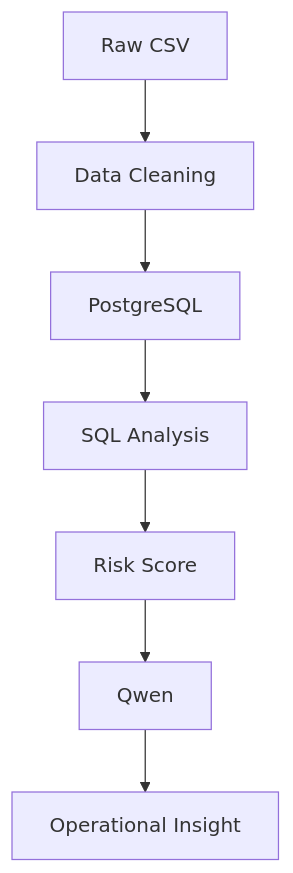
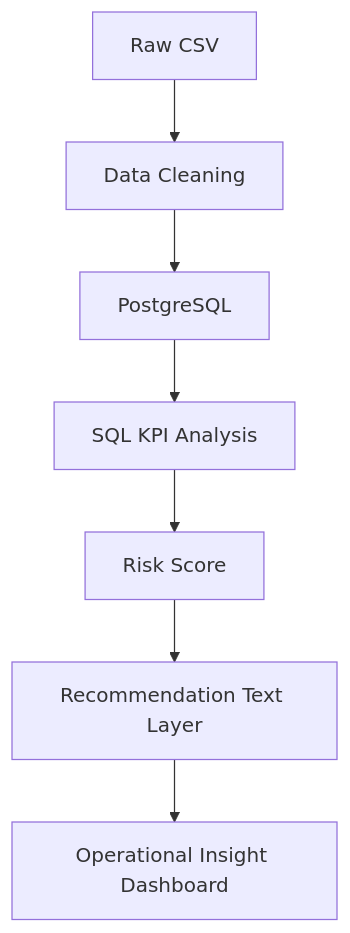
Before and after one commit to sammkong/operational-insight-dashboard: the diagram in README.md, drawn with Mermaid. The commit also changed other lines of this file and 6 other files, not shown here.

````diff
--- a/README.md
+++ b/README.md
@@ -89,9 +79,9 @@
 ```mermaid
 flowchart TD
     A[Raw CSV] --> B[Data Cleaning]
     B --> C[PostgreSQL]
-    C --> D[SQL Analysis]
+    C --> D[SQL KPI Analysis]
     D --> E[Risk Score]
-    E --> F[Qwen]
-    F --> G[Operational Insight]
+    E --> F[Recommendation Text Layer]
+    F --> G[Operational Insight Dashboard]
 ```
````
